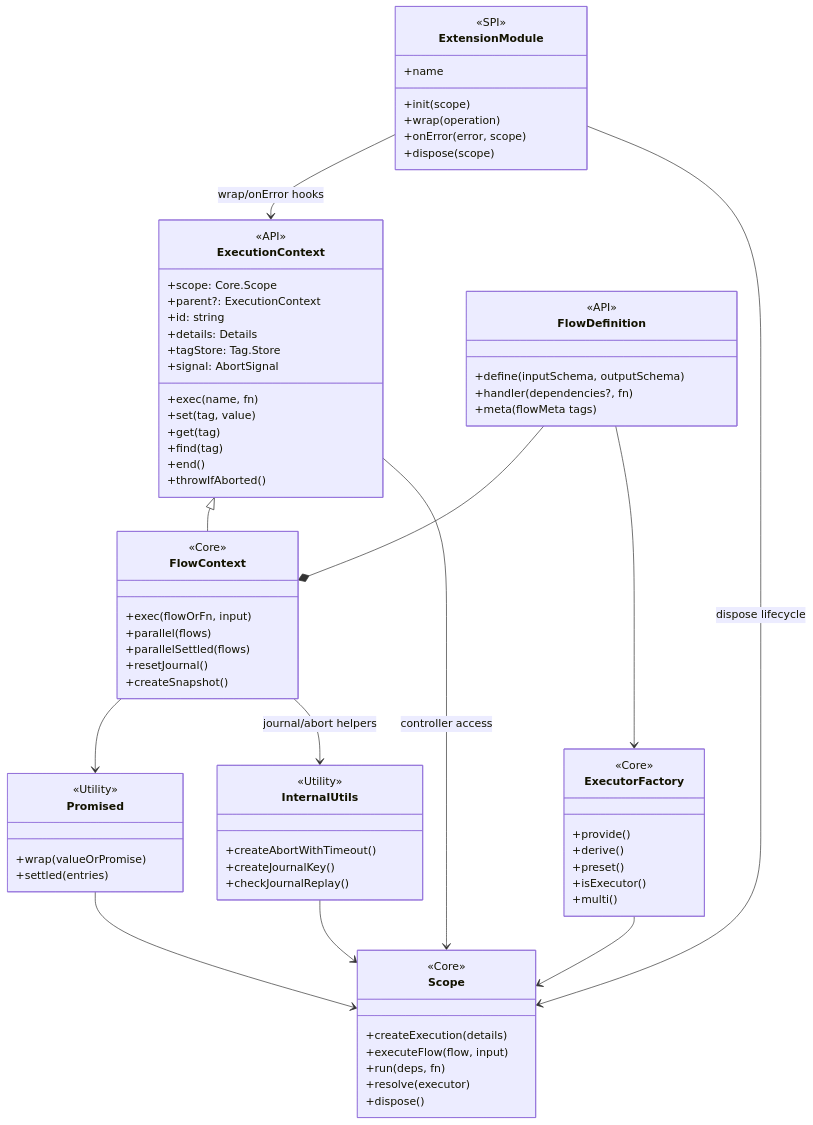
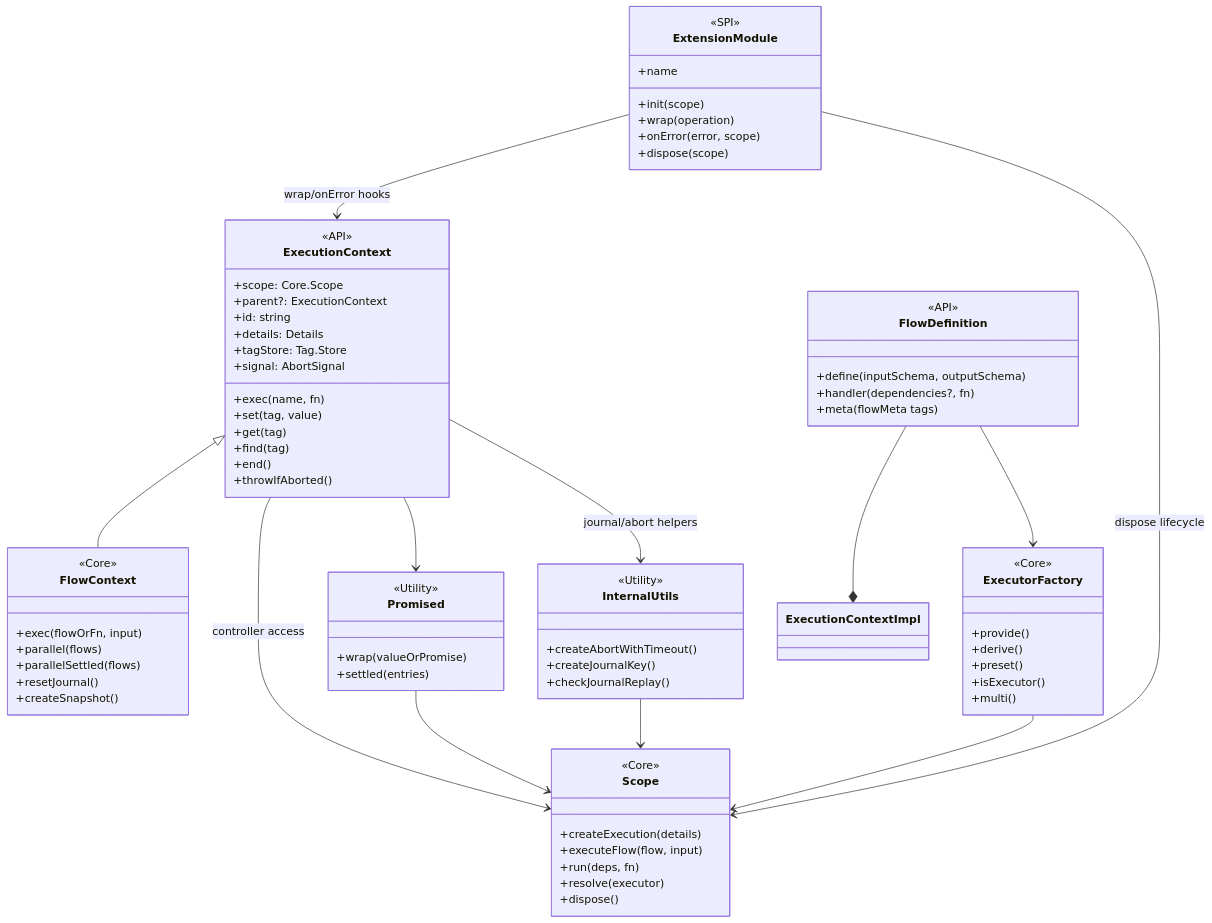
The second of 2 diagrams in README.md (pumped-fn/pumped-fn), drawn with Mermaid before and after one commit. The commit also changed other lines of this file and 17 other files, not shown here.

```diff
--- a/README.md
+++ b/README.md
@@ -127,12 +127,12 @@
   }
 
   ExecutionContext <|-- FlowContext
-  FlowDefinition --* FlowContext
+  FlowDefinition --* ExecutionContextImpl
   FlowDefinition --> ExecutorFactory
   ExecutorFactory --> Scope
   ExecutionContext --> Scope : controller access
-  FlowContext --> Promised
-  FlowContext --> InternalUtils : journal/abort helpers
+  ExecutionContext --> Promised
+  ExecutionContext --> InternalUtils : journal/abort helpers
   Promised --> Scope
   ExtensionModule --> ExecutionContext : wrap/onError hooks
   ExtensionModule --> Scope : dispose lifecycle
```
